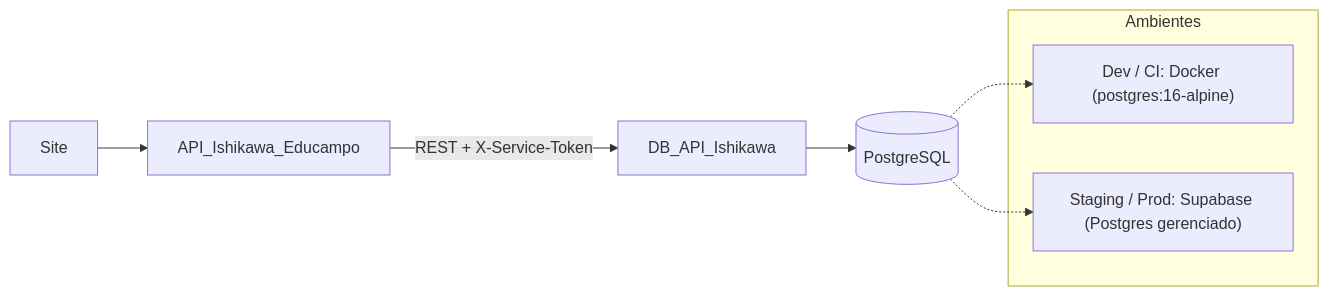
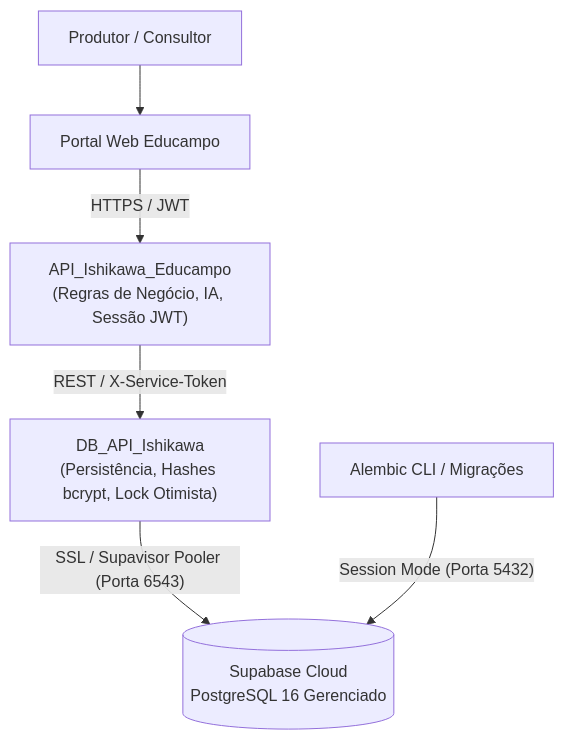
One commit to MarcosVeniciu/DB_API_Ishikawa changed the diagram in README.md. Above: the diagram before and after it, drawn with Mermaid. The commit also changed other lines of this file and 35 other files, not shown here.

Commit message:
docs(architecture): sync module readmes and enrich codebase docstrings with obsidian traceability

````diff
--- a/README.md
+++ b/README.md
@@ -20,12 +24,8 @@
 ```mermaid
-graph LR
-    FE["Site"] --> API["API_Ishikawa_Educampo"]
-    API -->|"REST + X-Service-Token"| DB["DB_API_Ishikawa"]
-    DB --> PG[("PostgreSQL")]
-    subgraph "Ambientes"
-        L["Dev / CI: Docker (postgres:16-alpine)"]
-        S["Staging / Prod: Supabase (Postgres gerenciado)"]
-    end
-    PG -.-> L
-    PG -.-> S
+graph TD
+    User["Produtor / Consultor"] --> Frontend["Portal Web Educampo"]
+    Frontend -->|"HTTPS / JWT"| MainAPI["API_Ishikawa_Educampo\n(Regras de Negócio, IA, Sessão JWT)"]
+    MainAPI -->|"REST / X-Service-Token"| DBAPI["DB_API_Ishikawa\n(Persistência, Hashes bcrypt, Lock Otimista)"]
+    DBAPI -->|"SSL / Supavisor Pooler (Porta 6543)"| Supabase[("Supabase Cloud\nPostgreSQL 16 Gerenciado")]
+    AlembicCLI["Alembic CLI / Migrações"] -->|"Session Mode (Porta 5432)"| Supabase
 ```
````
